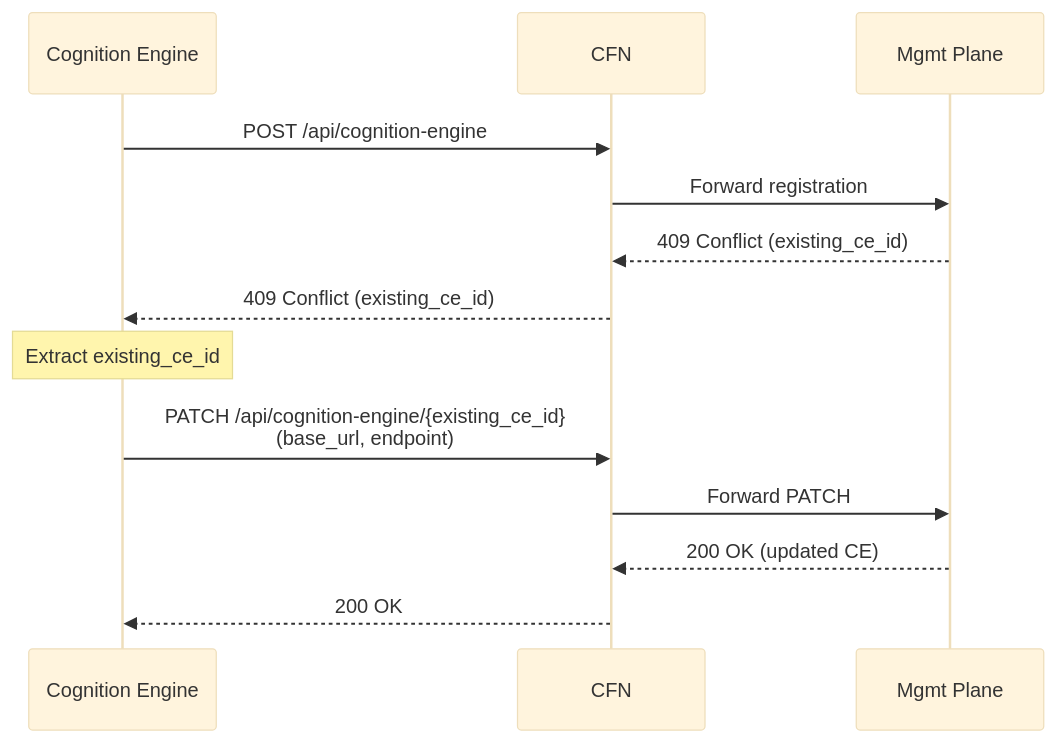
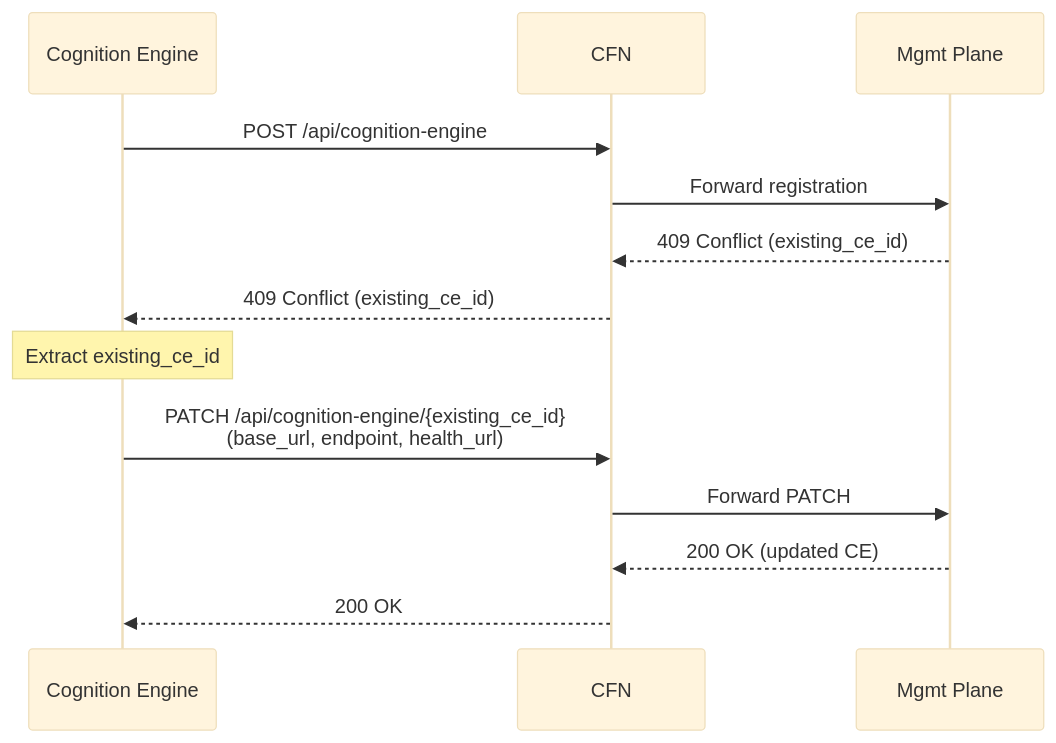
The fifth of 5 diagrams in api/ce/docs/CE-LIFECYCLE.md (ioc-project/cognition-fabric), drawn with Mermaid (base theme) before and after one commit. The commit also changed other lines of this file and 3 other files, not shown here.

````diff
--- a/api/ce/docs/CE-LIFECYCLE.md
+++ b/api/ce/docs/CE-LIFECYCLE.md
@@ -137,17 +139,17 @@
 ```mermaid
 sequenceDiagram
     participant CE as Cognition Engine
     participant CFN as CFN
     participant Mgmt as Mgmt Plane
 
     CE->>CFN: POST /api/cognition-engine
     CFN->>Mgmt: Forward registration
     Mgmt-->>CFN: 409 Conflict (existing_ce_id)
     CFN-->>CE: 409 Conflict (existing_ce_id)
     
     Note over CE: Extract existing_ce_id
-    CE->>CFN: PATCH /api/cognition-engine/{existing_ce_id}<br/>(base_url, endpoint)
+    CE->>CFN: PATCH /api/cognition-engine/{existing_ce_id}<br/>(base_url, endpoint, health_url)
     CFN->>Mgmt: Forward PATCH
     Mgmt-->>CFN: 200 OK (updated CE)
     CFN-->>CE: 200 OK
 ```
````
